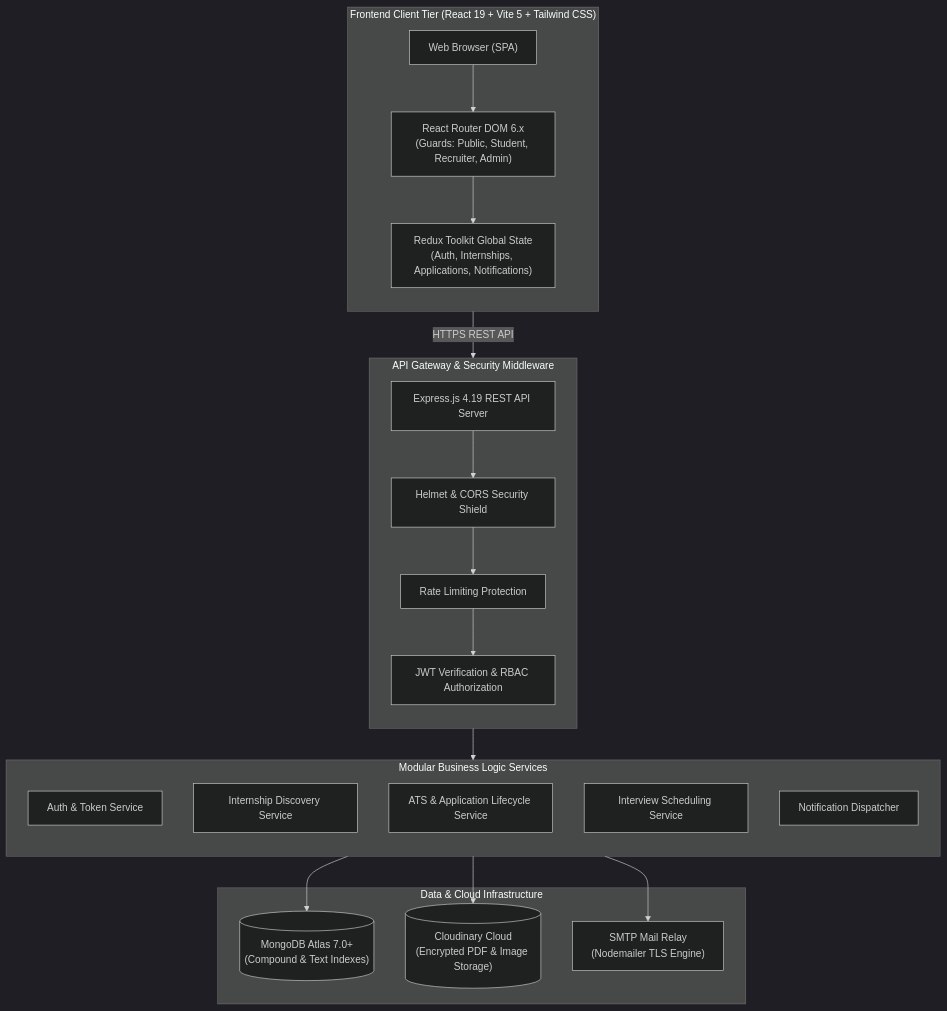
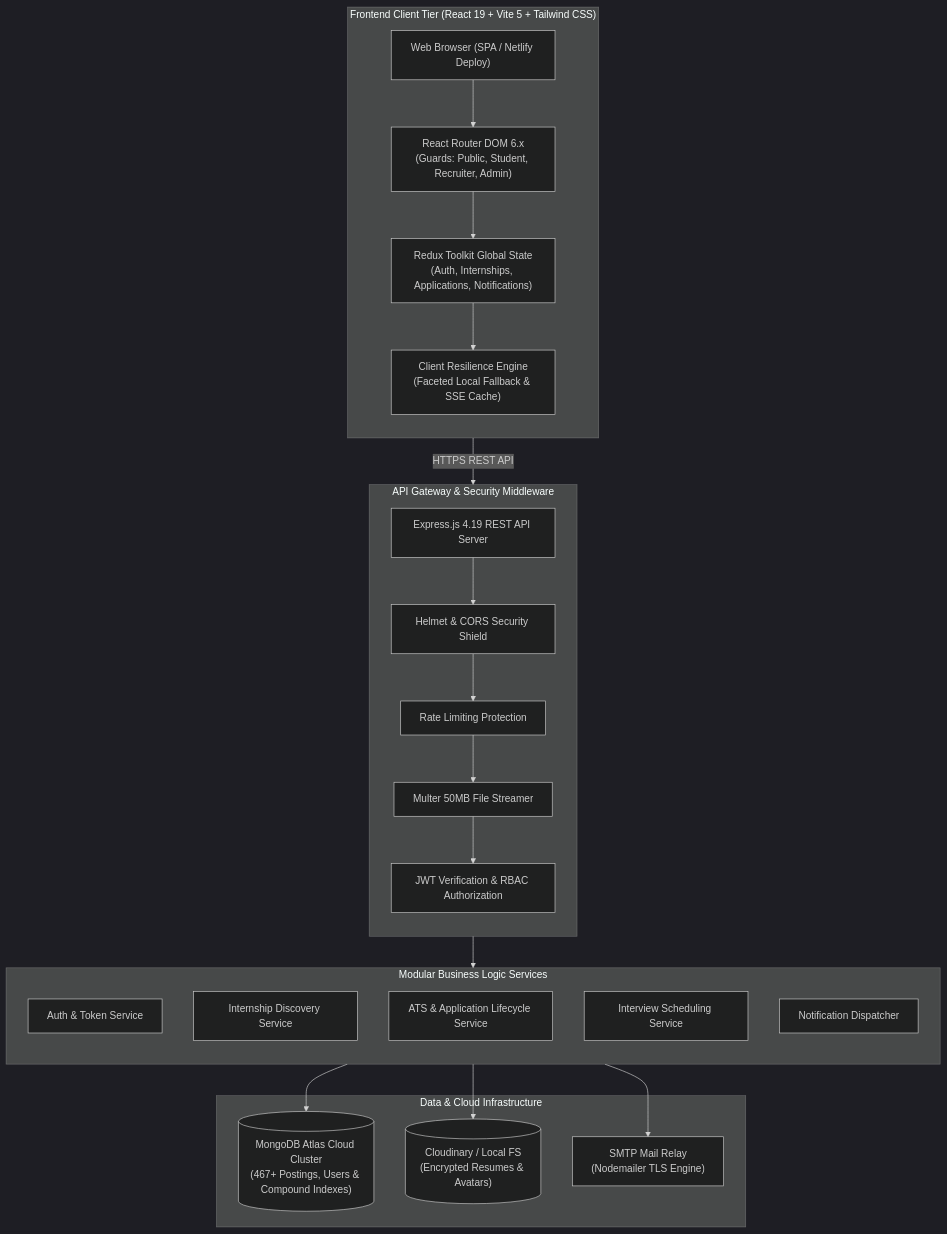
Before and after one commit to bunnyvalluri/MERN: the diagram in README.md, drawn with Mermaid (dark theme). The commit also changed other lines of this file, not shown here.

Commit message:
docs: update README with live Netlify deployment link, MongoDB Atlas cloud cluster details, and 50MB file upload specs

````diff
--- a/README.md
+++ b/README.md
@@ -62,43 +65,47 @@
 ```mermaid
 flowchart TB
   subgraph ClientTier ["Frontend Client Tier (React 19 + Vite 5 + Tailwind CSS)"]
     direction TB
-    WebBrowser["Web Browser (SPA)"]
+    WebBrowser["Web Browser (SPA / Netlify Deploy)"]
     ReduxStore["Redux Toolkit Global State\n(Auth, Internships, Applications, Notifications)"]
+    ResilientEngine["Client Resilience Engine\n(Faceted Local Fallback & SSE Cache)"]
     Router["React Router DOM 6.x\n(Guards: Public, Student, Recruiter, Admin)"]
     WebBrowser --> Router
     Router --> ReduxStore
+    ReduxStore --> ResilientEngine
   end
 
   subgraph GatewayTier ["API Gateway & Security Middleware"]
     direction TB
     ExpressApp["Express.js 4.19 REST API Server"]
     SecurityShield["Helmet & CORS Security Shield"]
     RateLimiter["Rate Limiting Protection"]
+    UploadMiddleware["Multer 50MB File Streamer"]
     AuthMiddleware["JWT Verification & RBAC Authorization"]
     ExpressApp --> SecurityShield
     SecurityShield --> RateLimiter
-    RateLimiter --> AuthMiddleware
+    RateLimiter --> UploadMiddleware
+    UploadMiddleware --> AuthMiddleware
   end
 
   subgraph ServiceTier ["Modular Business Logic Services"]
     direction TB
     AuthService["Auth & Token Service"]
     InternshipService["Internship Discovery Service"]
     ApplicationService["ATS & Application Lifecycle Service"]
     InterviewService["Interview Scheduling Service"]
     NotificationService["Notification Dispatcher"]
   end
 
   subgraph PersistenceTier ["Data & Cloud Infrastructure"]
-    MongoAtlas[("MongoDB Atlas 7.0+\n(Compound & Text Indexes)")]
-    CloudinaryStorage[("Cloudinary Cloud\n(Encrypted PDF & Image Storage)")]
+    MongoAtlas[("MongoDB Atlas Cloud Cluster\n(467+ Postings, Users & Compound Indexes)")]
+    CloudinaryStorage[("Cloudinary / Local FS\n(Encrypted Resumes & Avatars)")]
     MailRelay["SMTP Mail Relay\n(Nodemailer TLS Engine)"]
   end
 
   ClientTier -->|HTTPS REST API| GatewayTier
   GatewayTier --> ServiceTier
   ServiceTier --> MongoAtlas
   ServiceTier --> CloudinaryStorage
   ServiceTier --> MailRelay
 ```
````
